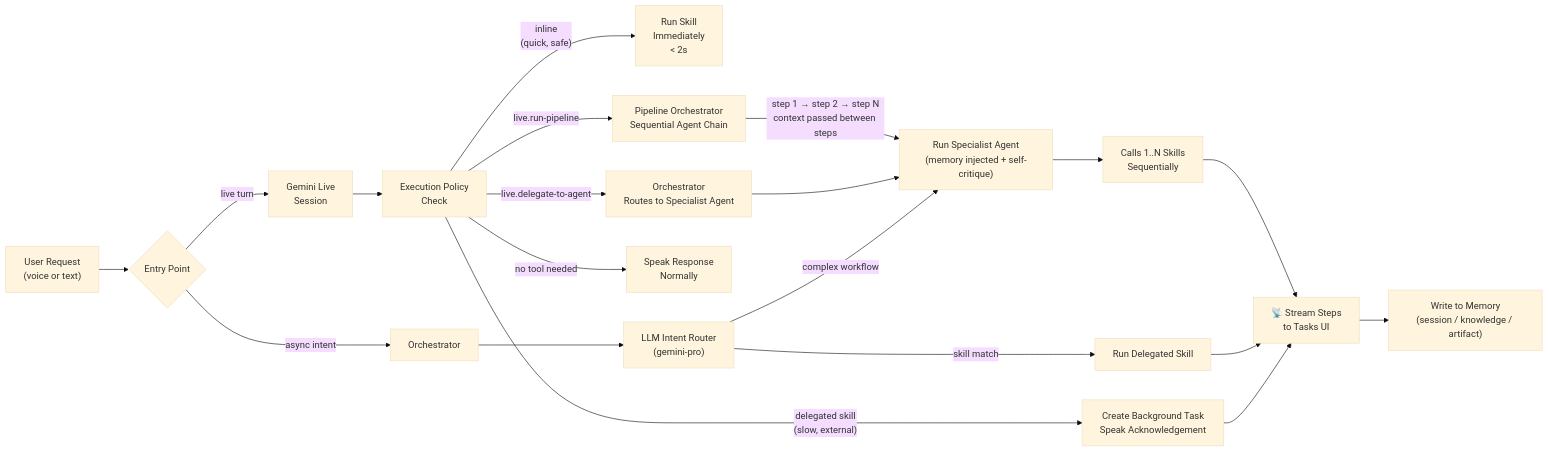
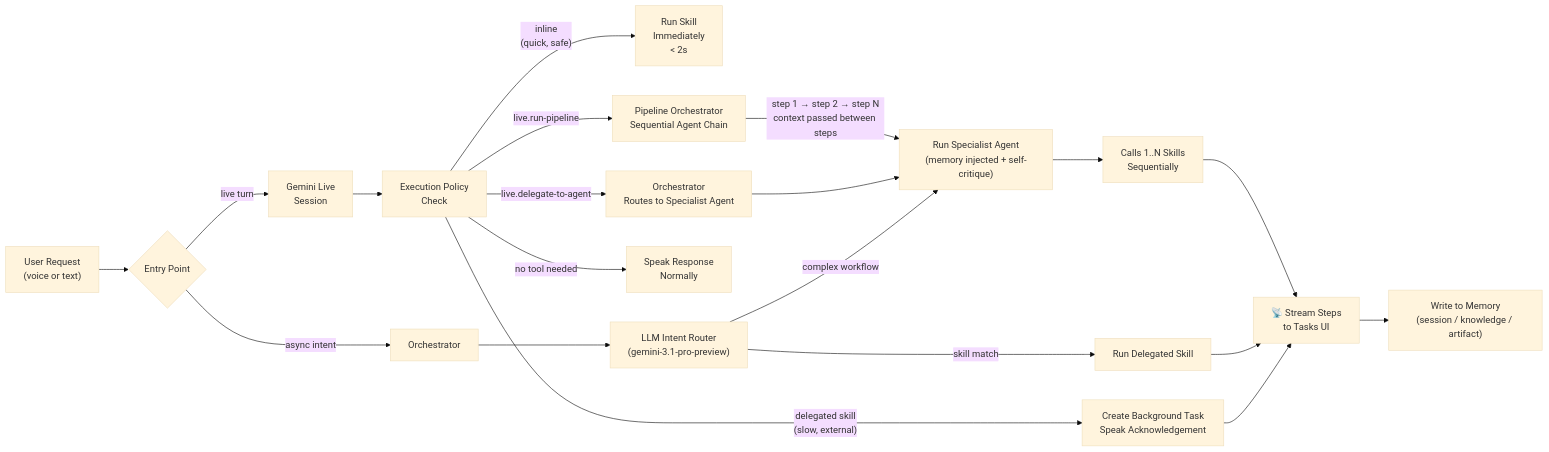
Before and after one commit to Vrun-design/Crewmate-AI: the second of 4 diagrams in README.md, drawn with Mermaid (base theme). The commit also changed other lines of this file and 42 other files, not shown here.

````diff
--- a/README.md
+++ b/README.md
@@ -155,28 +156,28 @@
 ```mermaid
 flowchart LR
     REQUEST["User Request\n(voice or text)"]
     
     REQUEST --> ENTRY{Entry Point}
     
     ENTRY -->|"live turn"| LIVE["Gemini Live\nSession"]
     ENTRY -->|"async intent"| ORCH["Orchestrator"]
     
     LIVE --> POLICY_L["Execution Policy\nCheck"]
 
     POLICY_L -->|"inline\n(quick, safe)"| INLINE["Run Skill\nImmediately\n< 2s"]
     POLICY_L -->|"live.delegate-to-agent"| AGENT_BRIDGE["Orchestrator\nRoutes to Specialist Agent"]
     POLICY_L -->|"live.run-pipeline"| PIPELINE["Pipeline Orchestrator\nSequential Agent Chain"]
     POLICY_L -->|"delegated skill\n(slow, external)"| DELEGATE["Create Background Task\nSpeak Acknowledgement"]
     POLICY_L -->|"no tool needed"| ANSWER["Speak Response\nNormally"]
 
-    ORCH --> ROUTE["LLM Intent Router\n(gemini-pro)"]
+    ORCH --> ROUTE["LLM Intent Router\n(gemini-3.1-pro-preview)"]
     ROUTE -->|"skill match"| SKILL_TASK["Run Delegated Skill"]
     ROUTE -->|"complex workflow"| AGENT_TASK["Run Specialist Agent\n(memory injected + self-critique)"]
 
     AGENT_BRIDGE --> AGENT_TASK
     PIPELINE -->|"step 1 → step 2 → step N\ncontext passed between steps"| AGENT_TASK
     AGENT_TASK --> AGENT_SKILLS["Calls 1..N Skills\nSequentially"]
 
     DELEGATE & SKILL_TASK & AGENT_SKILLS --> SSE["📡 Stream Steps\nto Tasks UI"]
     SSE --> MEMORY_WRITE["Write to Memory\n(session / knowledge / artifact)"]
 ```
````
